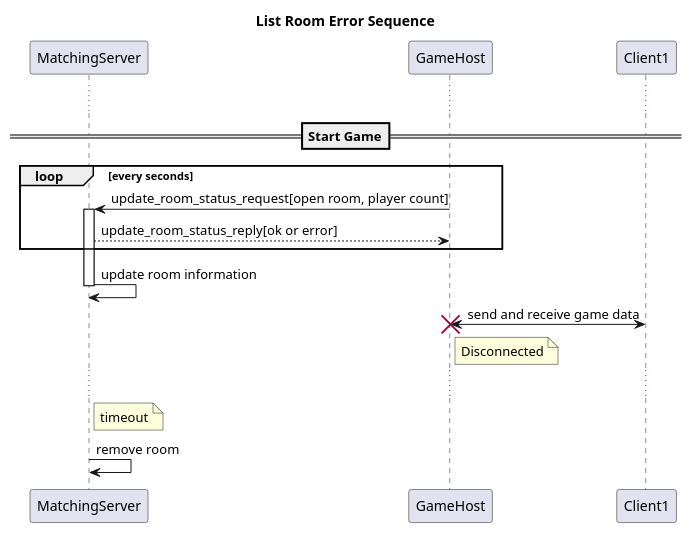
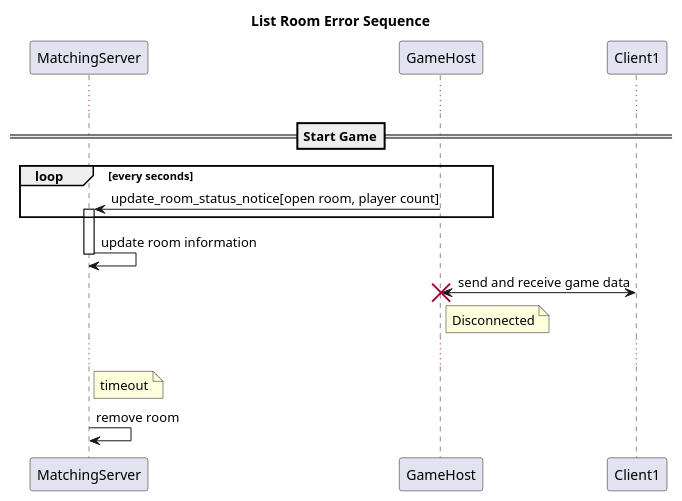
Before and after one commit to CdecPGL/PlanetaMatchMaker: the diagram in Documents/list_room_error_sequence.plantuml, drawn with PlantUML. The commit also changed 11 other files, not shown here.

Commit message:
[update] Remove reply process from update_room_status_request_message

```diff
--- a/Documents/list_room_error_sequence.plantuml
+++ b/Documents/list_room_error_sequence.plantuml
@@ -1,32 +1,31 @@
 @startuml
 
 title List Room Error Sequence
 
 participant MatchingServer
 participant GameHost
 participant Client1
 
 ...
 
 ==Start Game==
 
 loop every seconds
-GameHost -> MatchingServer : update_room_status_request[open room, player count]
+GameHost -> MatchingServer : update_room_status_notice[open room, player count]
 activate MatchingServer
-MatchingServer --> GameHost : update_room_status_reply[ok or error]
 end
 MatchingServer -> MatchingServer : update room information
 deactivate MatchingServer
 
 GameHost<->Client1 : send and receive game data
 destroy GameHost
 
 note right of GameHost: Disconnected
 
 ...
 
 note right of MatchingServer: timeout
 
 MatchingServer -> MatchingServer : remove room
 
 @enduml
```
